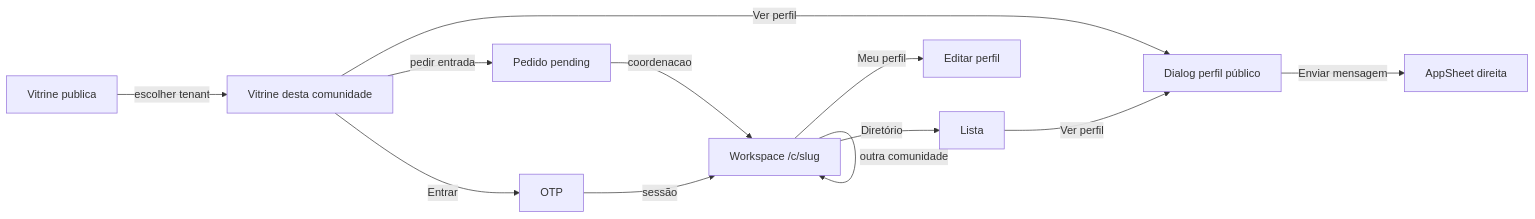
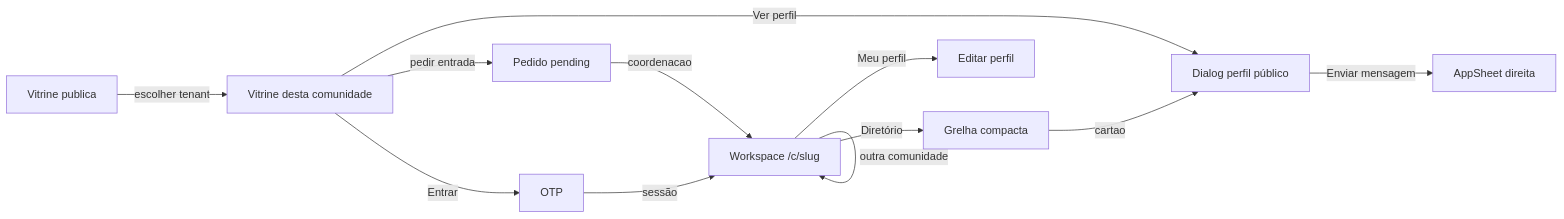
One commit to colabcolibri/comuna changed the first of 2 diagrams in docs/09_design_system.md. Above: the diagram before and after it, drawn with Mermaid. The commit also changed other lines of this file and 14 other files, not shown here.

````diff
--- a/docs/09_design_system.md
+++ b/docs/09_design_system.md
@@ -129,14 +129,14 @@
 ```mermaid
 flowchart LR
     V[Vitrine publica] -->|escolher tenant| S[Vitrine desta comunidade]
     S -->|pedir entrada| J[Pedido pending]
     J -->|coordenacao| W[Workspace /c/slug]
     S -->|Ver perfil| P[Dialog perfil público]
     P -->|Enviar mensagem| C[AppSheet direita]
     S -->|Entrar| O[OTP]
     O -->|sessão| W
-    W -->|Diretório| D[Lista]
-    D -->|Ver perfil| P
+    W -->|Diretório| D[Grelha compacta]
+    D -->|cartao| P
     W -->|Meu perfil| E[Editar perfil]
     W -->|outra comunidade| W
 ```
````
